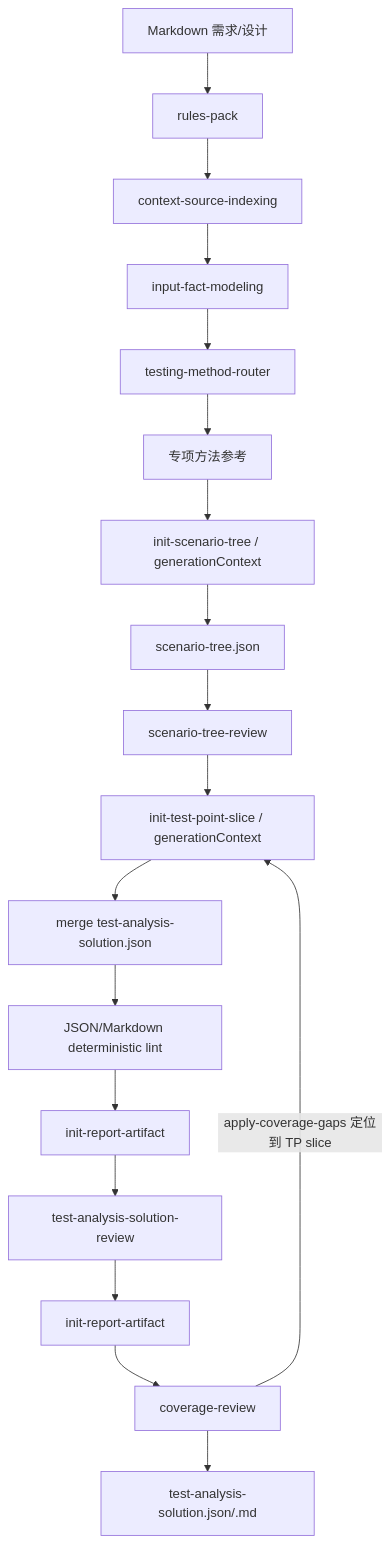
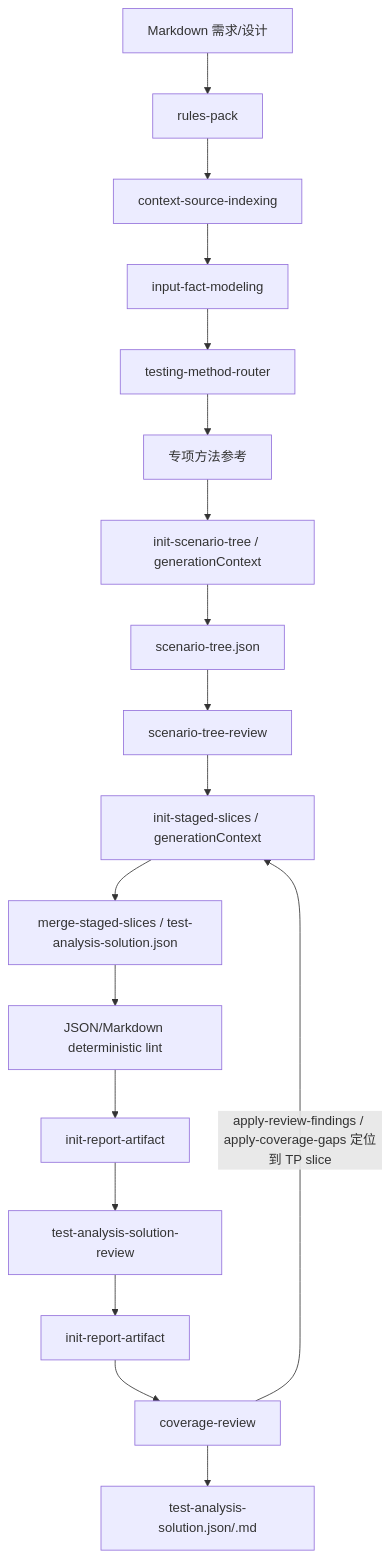
Before and after one commit to szluoqy-byte/Test-Analysis-Agent-MM: the diagram in docs/test-analysis-agent-design.md, drawn with Mermaid. The commit also changed other lines of this file and 35 other files, not shown here.

Commit message:
chore: stabilize staged analysis design workflow

````diff
--- a/docs/test-analysis-agent-design.md
+++ b/docs/test-analysis-agent-design.md
@@ -17,20 +17,20 @@
 ```mermaid
 flowchart TD
   input["Markdown 需求/设计"] --> rules["rules-pack"]
   rules --> context["context-source-indexing"]
   context --> facts["input-fact-modeling"]
   facts --> router["testing-method-router"]
   router --> methods["专项方法参考"]
   methods --> scenarioInit["init-scenario-tree / generationContext"]
   scenarioInit --> scenario["scenario-tree.json"]
   scenario --> scenarioReview["scenario-tree-review"]
-  scenarioReview --> slices["init-test-point-slice / generationContext"]
-  slices --> generation["merge test-analysis-solution.json"]
+  scenarioReview --> slices["init-staged-slices / generationContext"]
+  slices --> generation["merge-staged-slices / test-analysis-solution.json"]
   generation --> lint["JSON/Markdown deterministic lint"]
   lint --> reviewInit["init-report-artifact"]
   reviewInit --> review["test-analysis-solution-review"]
   review --> coverageInit["init-report-artifact"]
   coverageInit --> coverage["coverage-review"]
-  coverage -->|apply-coverage-gaps 定位到 TP slice| slices
+  coverage -->|apply-review-findings / apply-coverage-gaps 定位到 TP slice| slices
   coverage --> output["test-analysis-solution.json/.md"]
 ```
````
